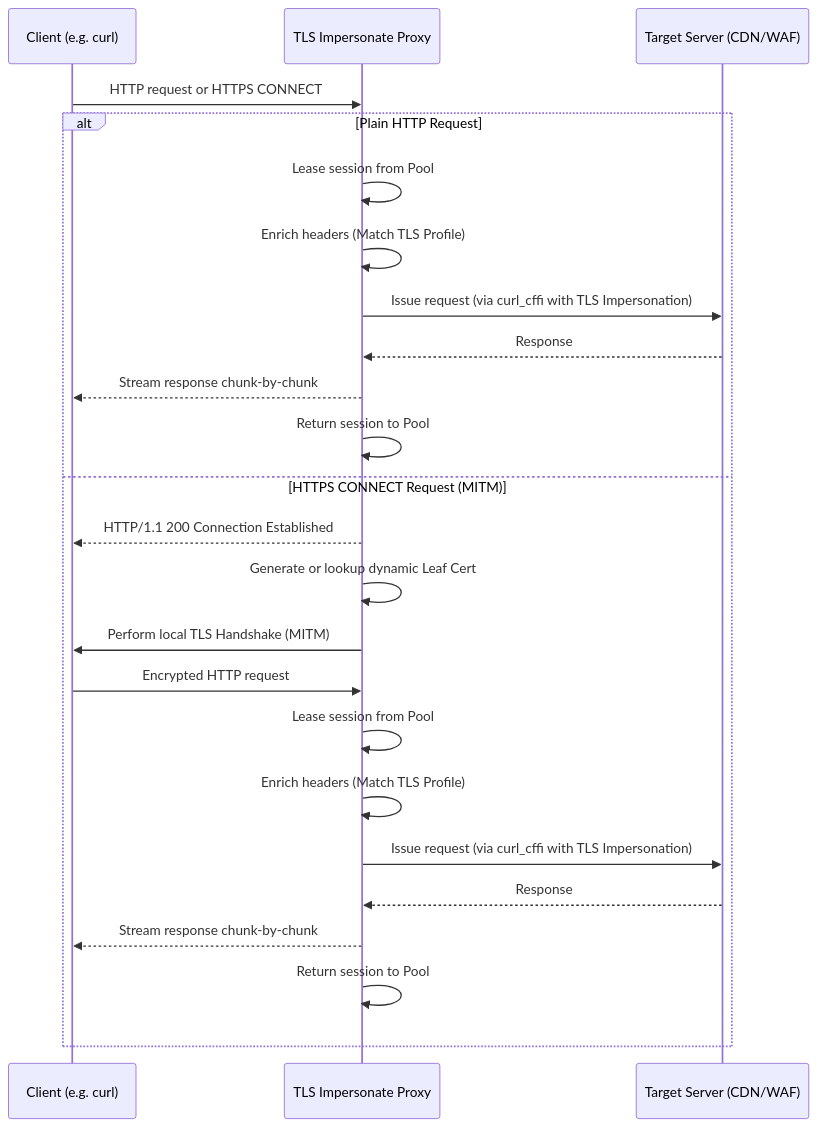
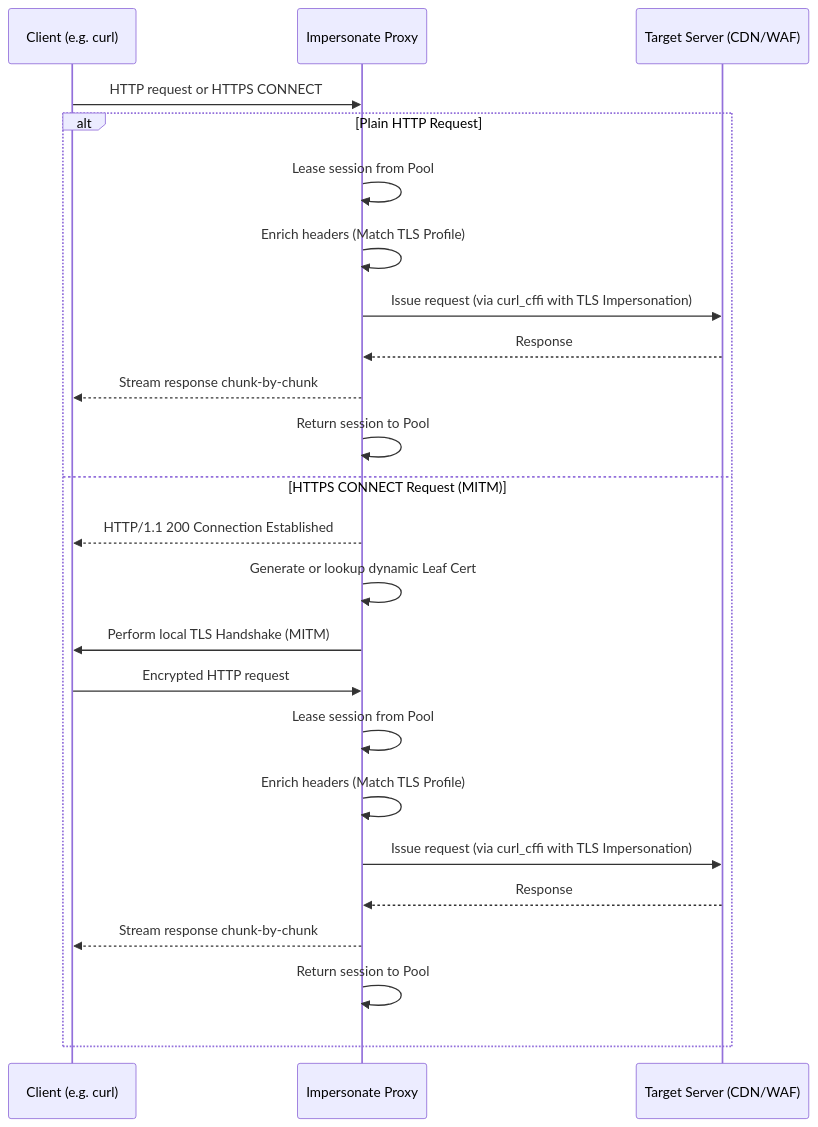
The diagram in docs/docs/workflow.md (psaintelligence/impersonate-proxy), drawn with Mermaid before and after one commit. The commit also changed other lines of this file and 42 other files, not shown here.

Commit message:
Rename to "Impersonate Proxy"

````diff
--- a/docs/docs/workflow.md
+++ b/docs/docs/workflow.md
@@ -11,27 +11,27 @@
 ```mermaid
 sequenceDiagram
     participant Client as Client (e.g. curl)
-    participant Proxy as TLS Impersonate Proxy
+    participant Proxy as Impersonate Proxy
     participant Target as Target Server (CDN/WAF)
 
     Client->>Proxy: HTTP request or HTTPS CONNECT
     alt Plain HTTP Request
         Proxy->>Proxy: Lease session from Pool
         Proxy->>Proxy: Enrich headers (Match TLS Profile)
         Proxy->>Target: Issue request (via curl_cffi with TLS Impersonation)
         Target-->>Proxy: Response
         Proxy-->>Client: Stream response chunk-by-chunk
         Proxy->>Proxy: Return session to Pool
     else HTTPS CONNECT Request (MITM)
         Proxy-->>Client: HTTP/1.1 200 Connection Established
         Proxy->>Proxy: Generate or lookup dynamic Leaf Cert
         Proxy->>Client: Perform local TLS Handshake (MITM)
         Client->>Proxy: Encrypted HTTP request
         Proxy->>Proxy: Lease session from Pool
         Proxy->>Proxy: Enrich headers (Match TLS Profile)
         Proxy->>Target: Issue request (via curl_cffi with TLS Impersonation)
         Target-->>Proxy: Response
         Proxy-->>Client: Stream response chunk-by-chunk
         Proxy->>Proxy: Return session to Pool
     end
 ```
````
